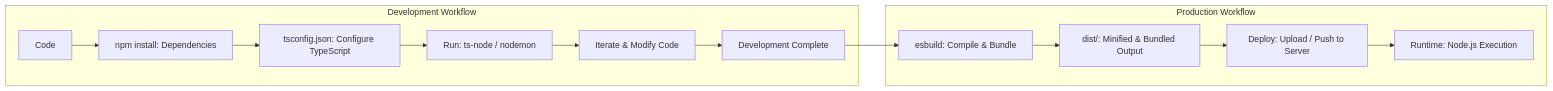
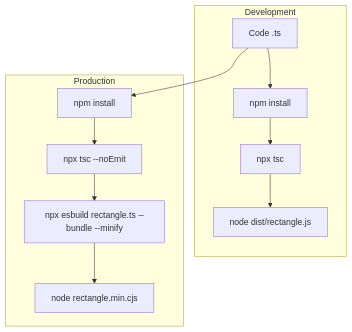
One commit to Napolitain/napolitain.github.io changed the first of 2 diagrams in src/content/blog/stop-with-python-already.md. Above: the diagram before and after it, drawn with Mermaid. The commit also changed other lines of this file, not shown here.

Commit message:
Update blogpost: new title, TypeScript benchmarks, strong claims

````diff
--- a/src/content/blog/stop-with-python-already.md
+++ b/src/content/blog/stop-with-python-already.md
@@ -29,18 +27,16 @@
     ```mermaid
-    graph LR
-    
-    subgraph "Development Workflow"
-        A[Code] --> B[npm install: Dependencies]
-        B --> C[tsconfig.json: Configure TypeScript]
-        C --> D[Run: ts-node / nodemon]
-        D --> E[Iterate & Modify Code]
-        E --> F[Development Complete]
+    graph TB
+
+    subgraph "Development"
+        A[Code .ts] --> B[npm install]
+        B --> C[npx tsc]
+        C --> D[node dist/rectangle.js]
     end
 
-    subgraph "Production Workflow"
-        F --> G[esbuild: Compile & Bundle]
-        G --> H[dist/: Minified & Bundled Output]
-        H --> I[Deploy: Upload / Push to Server]
-        I --> J[Runtime: Node.js Execution]
+    subgraph "Production"
+        A --> E[npm install]
+        E --> F[npx tsc --noEmit]
+        F --> G[npx esbuild rectangle.ts --bundle --minify]
+        G --> H[node rectangle.min.cjs]
     end
     ```
````
